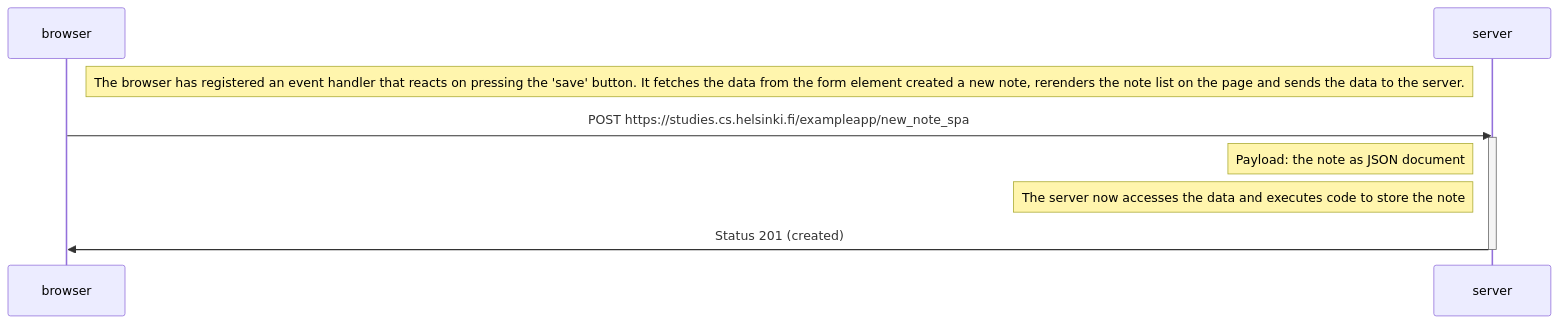
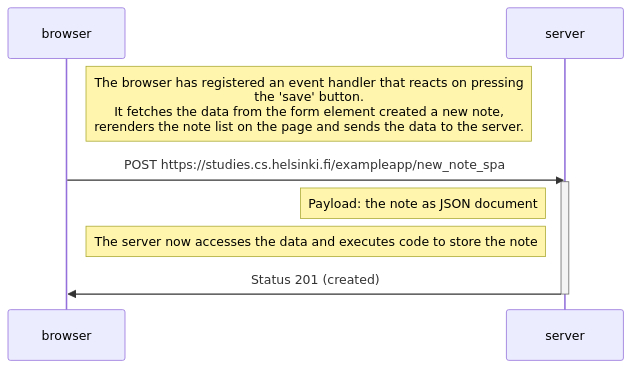
One commit to michaelstoeckel/fullstackopen changed the diagram in part0/excercise_0_6.md. Above: the diagram before and after it, drawn with Mermaid.

````diff
--- a/part0/excercise_0_6.md
+++ b/part0/excercise_0_6.md
@@ -1,14 +1,14 @@
 ```mermaid
 sequenceDiagram
     participant browser
     participant server
 
-    Note right of browser: The browser has registered an event handler that reacts on pressing the 'save' button. It fetches the data from the form element created a new note, rerenders the note list on the page and sends the data to the server. 
+    Note right of browser: The browser has registered an event handler that reacts on pressing<br />the 'save' button.<br />It fetches the data from the form element created a new note,<br />rerenders the note list on the page and sends the data to the server. 
     browser->>server: POST https://studies.cs.helsinki.fi/exampleapp/new_note_spa
     activate server
     Note left of server: Payload: the note as JSON document
     Note left of server: The server now accesses the data and executes code to store the note
     server->>browser: Status 201 (created)
     deactivate server
 
 ```
````
